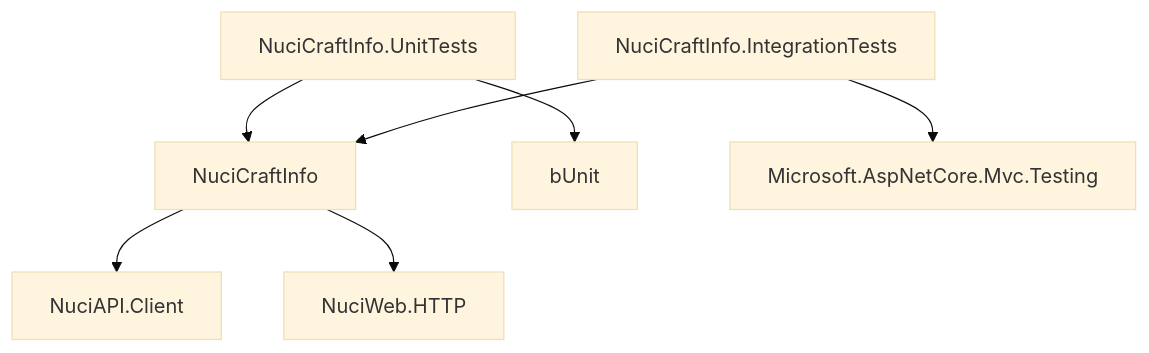
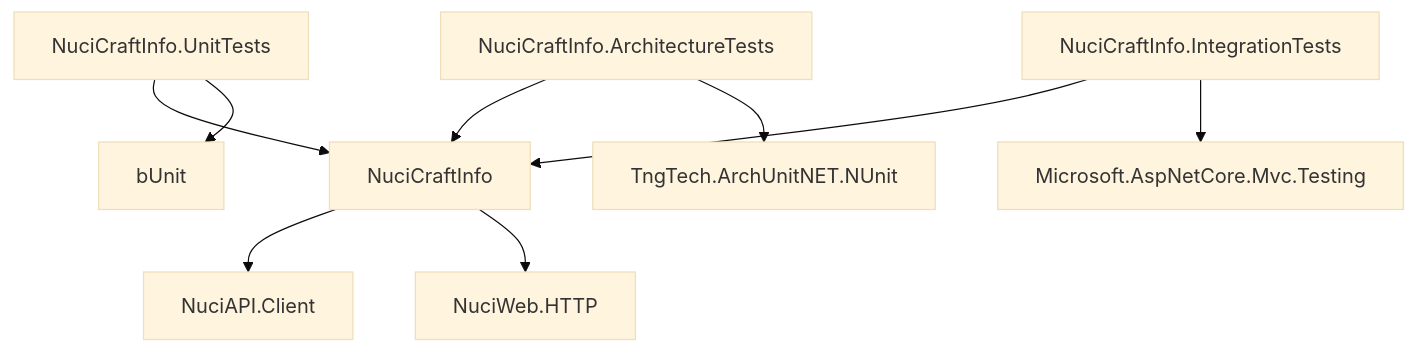
Before and after one commit to hmlendea/nucicraft-info: the seventh of 7 diagrams in ARCHITECTURE.md, drawn with Mermaid (base theme). The commit also changed other lines of this file and 43 other files, not shown here.

Commit message:
tests: Created the architecture tests

````diff
--- a/ARCHITECTURE.md
+++ b/ARCHITECTURE.md
@@ -358,9 +358,11 @@
 ```mermaid
 flowchart TD
     NuciCraftInfo --> NuciAPI.Client
     NuciCraftInfo --> NuciWeb.HTTP
     NuciCraftInfo.UnitTests --> NuciCraftInfo
     NuciCraftInfo.UnitTests --> bUnit
+    NuciCraftInfo.ArchitectureTests --> NuciCraftInfo
+    NuciCraftInfo.ArchitectureTests --> TngTech.ArchUnitNET.NUnit
     NuciCraftInfo.IntegrationTests --> NuciCraftInfo
     NuciCraftInfo.IntegrationTests --> Microsoft.AspNetCore.Mvc.Testing
 ```
````
